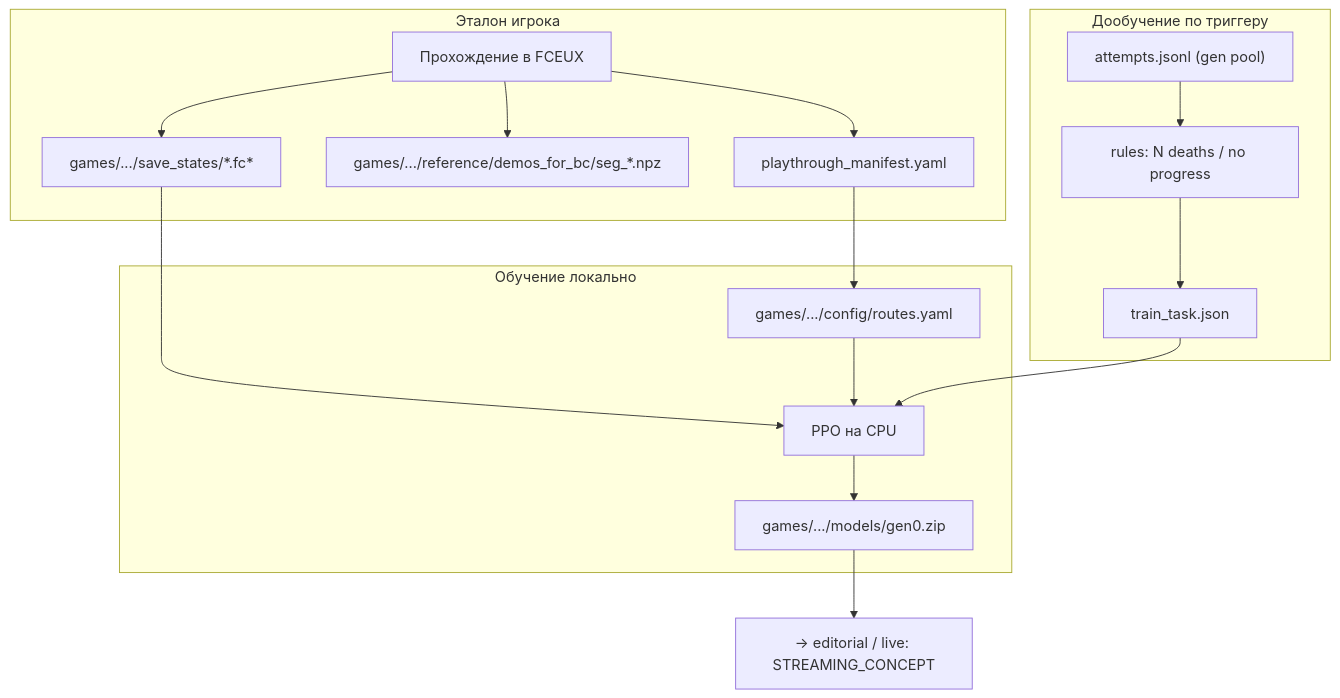
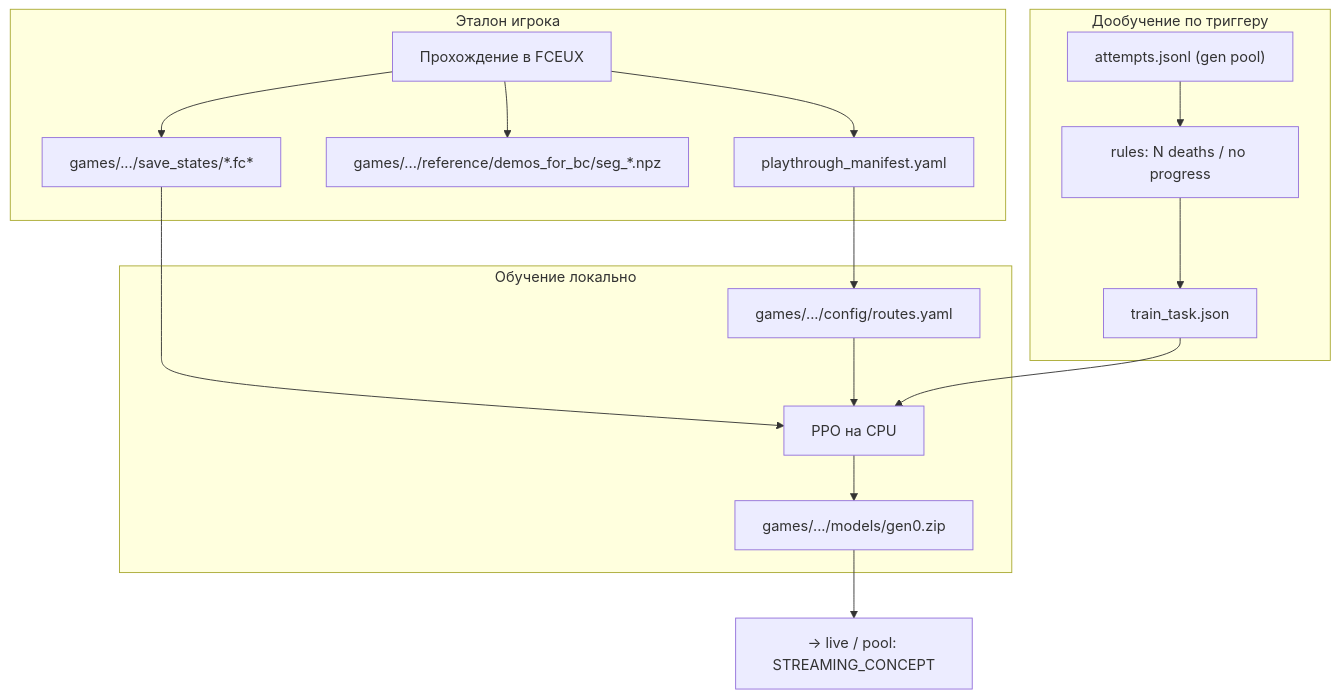
One commit to dimadroog/wait changed the diagram in docs/ML_CONCEPT.md. Above: the diagram before and after it, drawn with Mermaid. The commit also changed other lines of this file and 46 other files, not shown here.

````diff
--- a/docs/ML_CONCEPT.md
+++ b/docs/ML_CONCEPT.md
@@ -85,33 +85,33 @@
 ```mermaid
 flowchart TB
     subgraph record [Эталон игрока]
         HumanPlay[Прохождение в FCEUX]
         Manifest[playthrough_manifest.yaml]
         Demos[games/.../reference/demos_for_bc/seg_*.npz]
         States[games/.../save_states/*.fc*]
         HumanPlay --> Manifest
         HumanPlay --> Demos
         HumanPlay --> States
     end
 
     subgraph train [Обучение локально]
         Routes[games/.../config/routes.yaml]
         LocalPPO[PPO на CPU]
         ModelZip[games/.../models/gen0.zip]
         Manifest --> Routes
         States --> LocalPPO
         Routes --> LocalPPO
         LocalPPO --> ModelZip
     end
 
     subgraph finetune [Дообучение по триггеру]
         Trigger["rules: N deaths / no progress"]
         Task[train_task.json]
         Attempts["attempts.jsonl (gen pool)"]
         Trigger --> Task
         Task --> LocalPPO
         Attempts --> Trigger
     end
 
-        ModelZip --> Infer[→ editorial / live: STREAMING_CONCEPT]
+        ModelZip --> Infer[→ live / pool: STREAMING_CONCEPT]
 ```
````
